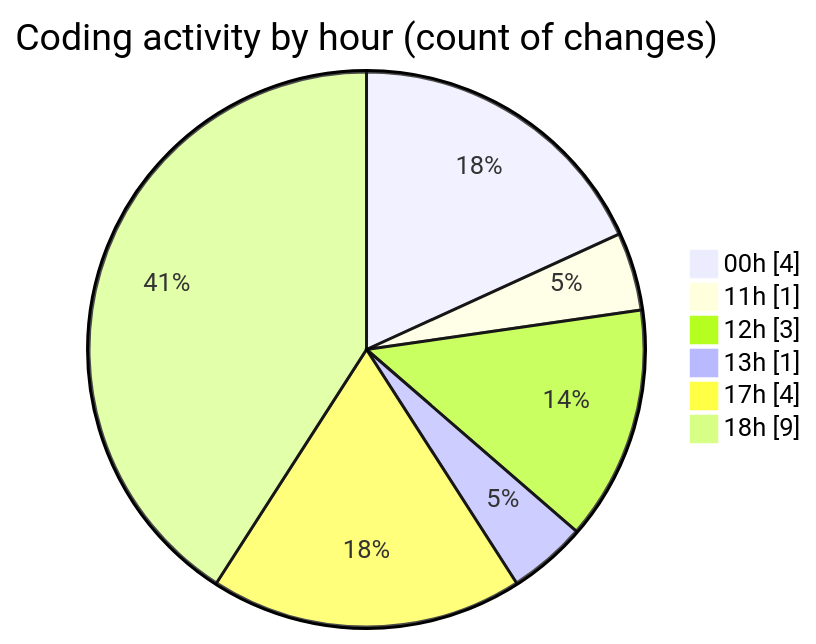
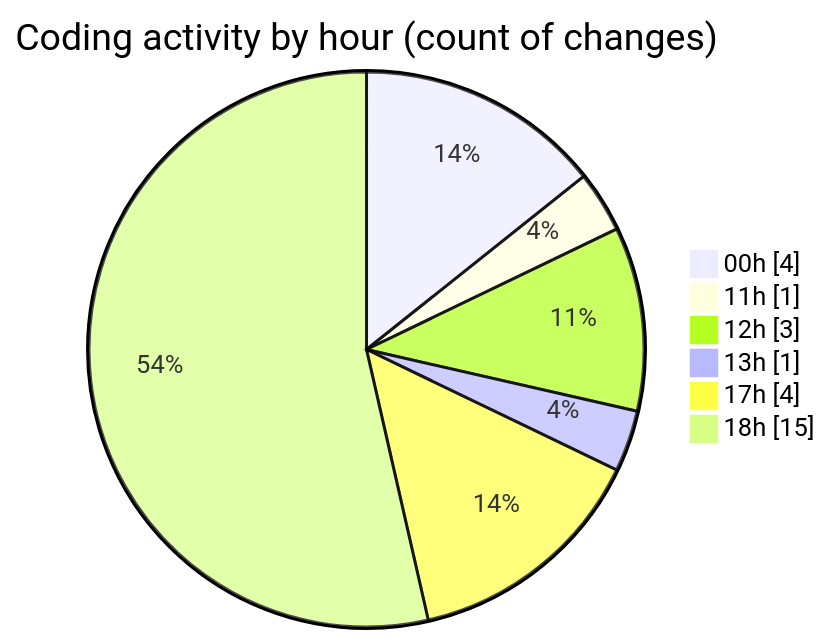
The second of 2 diagrams in 2025-11-19/eventscop-api-guide__workspace_/README.md (julien-gomy/code-tracking), drawn with Mermaid before and after one commit. The commit also changed other lines of this file and 1 other file, not shown here.

````diff
--- a/2025-11-19/eventscop-api-guide__workspace_/README.md
+++ b/2025-11-19/eventscop-api-guide__workspace_/README.md
@@ -32,10 +32,10 @@
 ```mermaid
 pie showData
 title Coding activity by hour (count of changes)
 "00h" : 4
 "11h" : 1
 "12h" : 3
 "13h" : 1
 "17h" : 4
-"18h" : 9
+"18h" : 15
 ```
````
